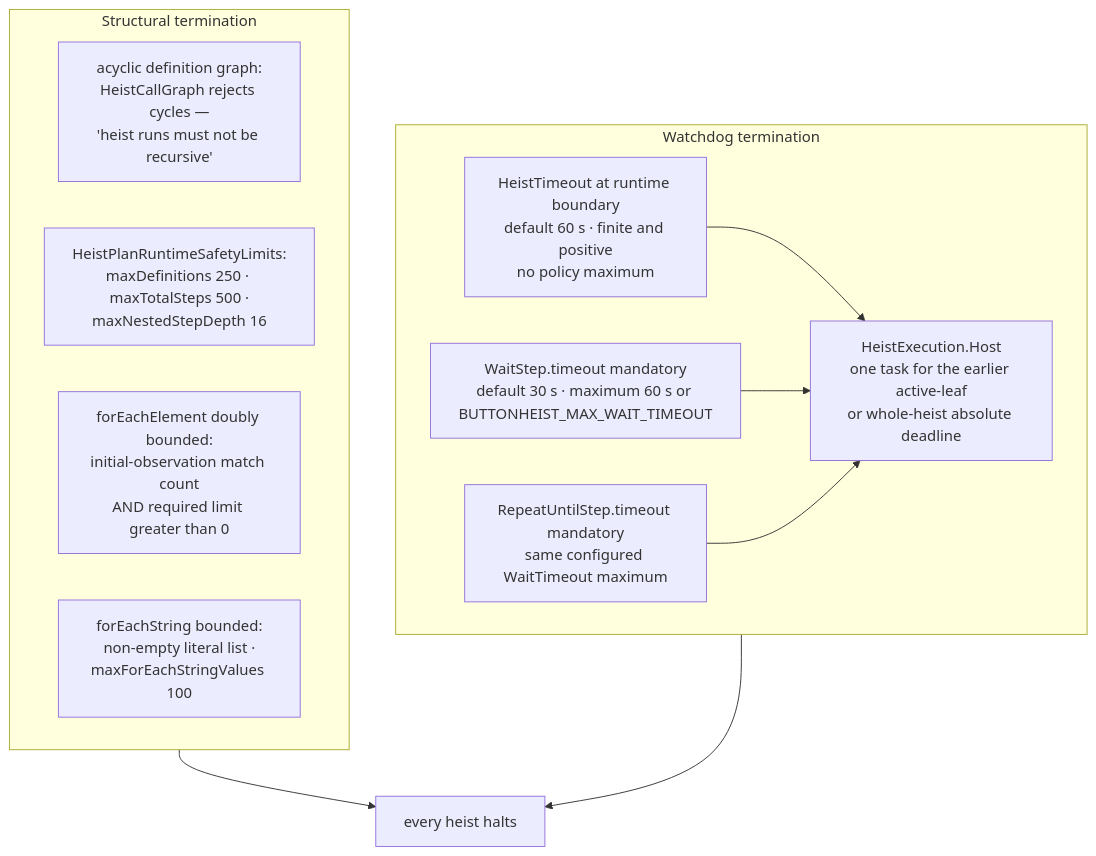
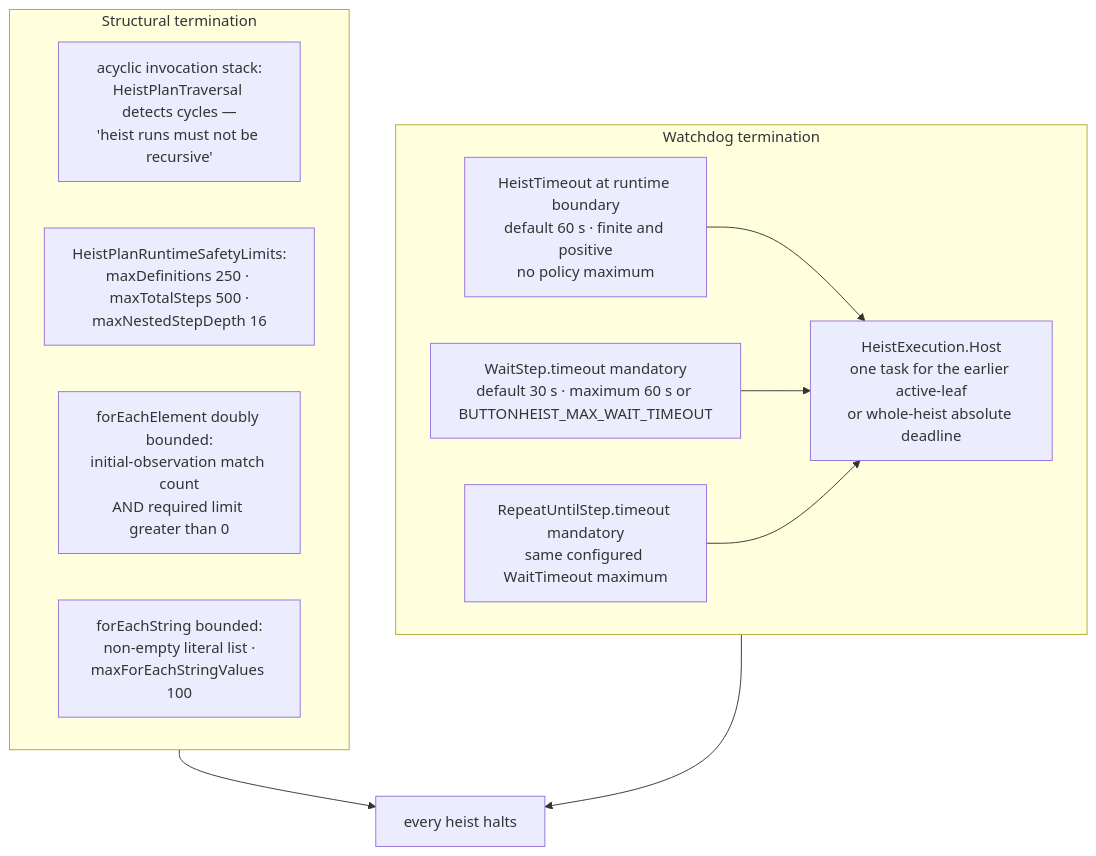
One commit to RoyalPineapple/TheButtonHeist changed the diagram in docs/diagrams/totality.md. Above: the diagram before and after it, drawn with Mermaid. The commit also changed other lines of this file and 10 other files, not shown here.

Commit message:
Collapse plan traversal currencies

````diff
--- a/docs/diagrams/totality.md
+++ b/docs/diagrams/totality.md
@@ -14,24 +14,24 @@
 ```mermaid
 flowchart TD
     HALT["every heist halts"]
 
     subgraph structural["Structural termination"]
-        ACYCLIC["acyclic definition graph:<br/>HeistCallGraph rejects cycles —<br/>'heist runs must not be recursive'"]
+        ACYCLIC["acyclic invocation stack:<br/>HeistPlanTraversal detects cycles —<br/>'heist runs must not be recursive'"]
         LIMITS["HeistPlanRuntimeSafetyLimits:<br/>maxDefinitions 250 · maxTotalSteps 500 ·<br/>maxNestedStepDepth 16"]
         FOREACH["forEachElement doubly bounded:<br/>initial-observation match count<br/>AND required limit greater than 0"]
         FORSTR["forEachString bounded:<br/>non-empty literal list ·<br/>maxForEachStringValues 100"]
     end
 
     subgraph watchdog["Watchdog termination"]
         WAITT["WaitStep.timeout mandatory<br/>default 30 s · maximum 60 s or BUTTONHEIST_MAX_WAIT_TIMEOUT"]
         REPEATT["RepeatUntilStep.timeout mandatory<br/>same configured WaitTimeout maximum"]
         HEISTT["HeistTimeout at runtime boundary<br/>default 60 s · finite and positive<br/>no policy maximum"]
         HOST["HeistExecution.Host<br/>one task for the earlier active-leaf<br/>or whole-heist absolute deadline"]
         HEISTT --> HOST
         WAITT --> HOST
         REPEATT --> HOST
     end
 
     structural --> HALT
     watchdog --> HALT
 ```
````
